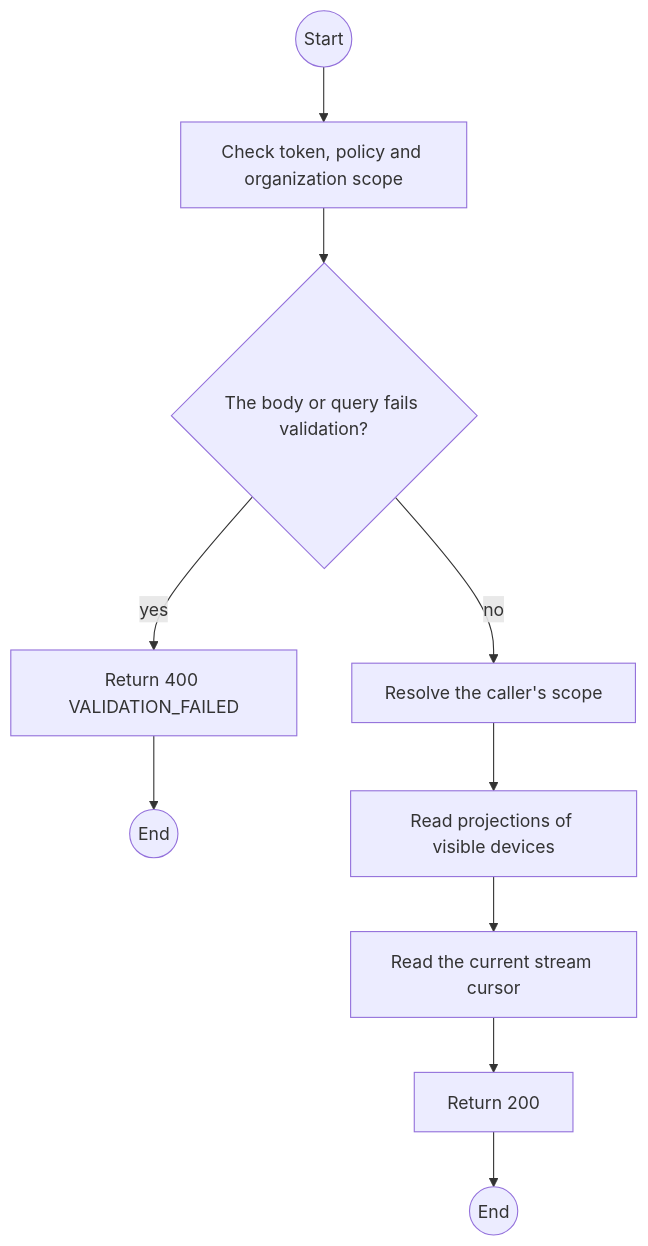
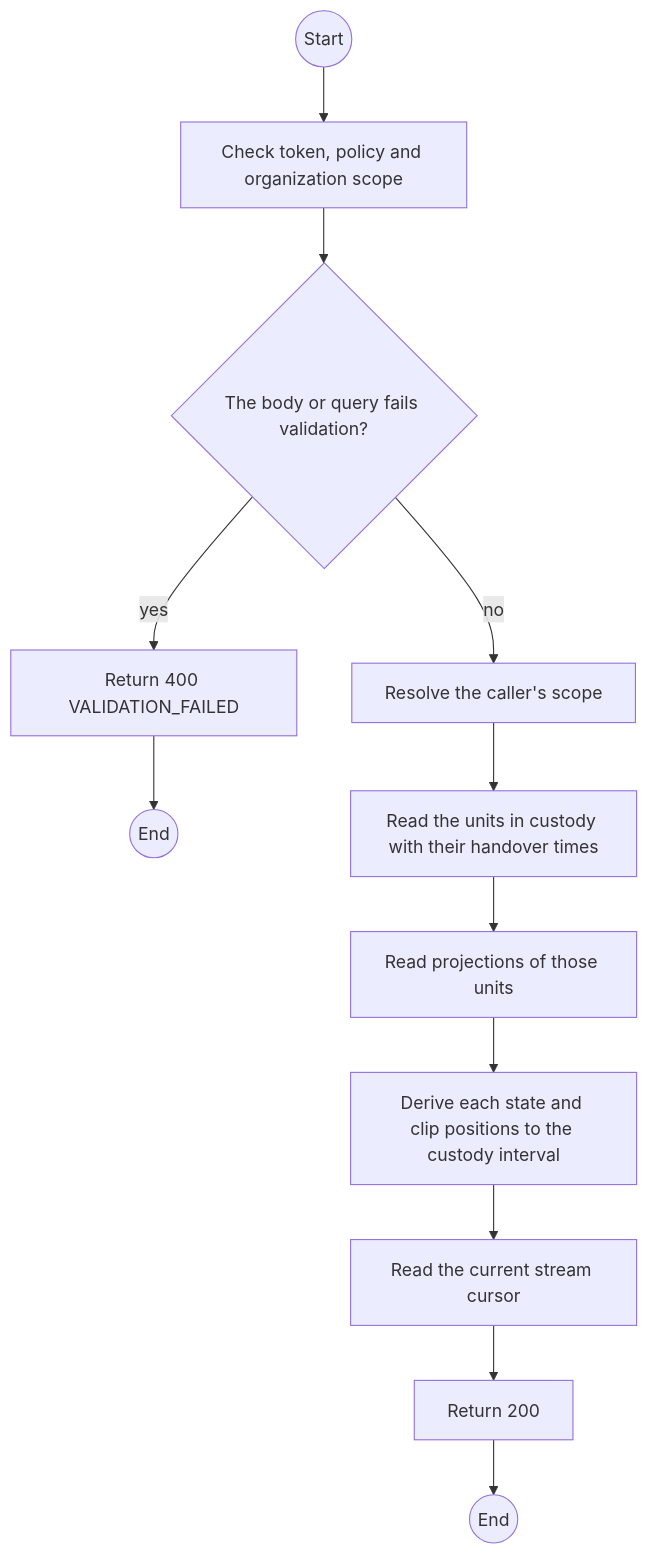
The first of 2 diagrams in specs/monitoring/api-design/02-get-map-snapshot.md (TrekLink-Team/treklink-web), drawn with Mermaid before and after one commit. The commit also changed other lines of this file and 12 other files, not shown here.

````diff
--- a/specs/monitoring/api-design/02-get-map-snapshot.md
+++ b/specs/monitoring/api-design/02-get-map-snapshot.md
@@ -135,20 +158,24 @@
 ```mermaid
 flowchart TB
     S((Start))
     A0["Check token, policy and organization scope"]
     S --> A0
     D1{"The body or query fails validation?"}
     A0 --> D1
     E1["Return 400 VALIDATION_FAILED"]
     D1 -->|yes| E1
     E1 --> X1((End))
     P0["Resolve the caller's scope"]
     D1 -->|no| P0
-    P1["Read projections of visible devices"]
+    P1["Read the units in custody with their handover times"]
     P0 --> P1
-    P2["Read the current stream cursor"]
+    P2["Read projections of those units"]
     P1 --> P2
+    P3["Derive each state and clip positions to the custody interval"]
+    P2 --> P3
+    P4["Read the current stream cursor"]
+    P3 --> P4
     OK["Return 200"]
-    P2 --> OK
+    P4 --> OK
     OK --> Z((End))
 ```
````
